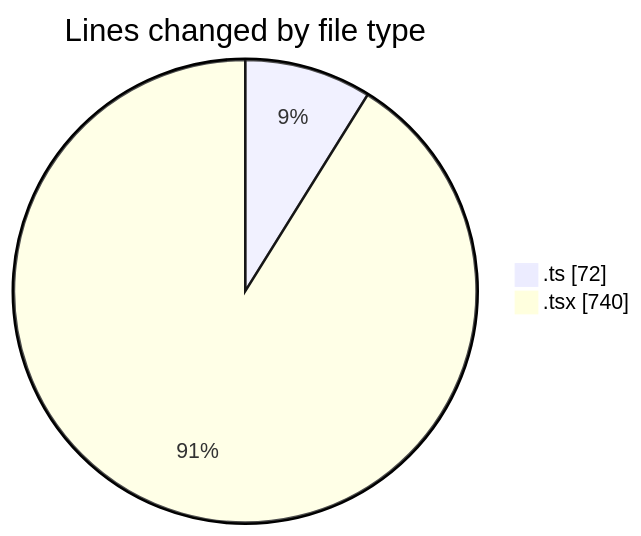
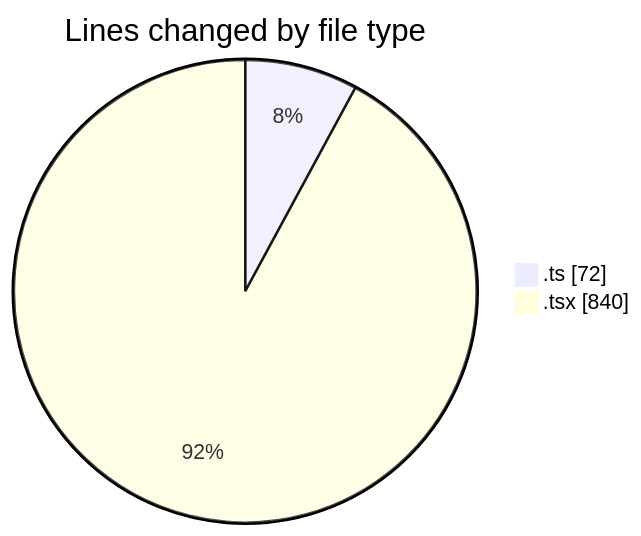
One commit to momahboobian/code-tracking changed the first of 2 diagrams in 2025-09-25/cda/README.md. Above: the diagram before and after it, drawn with Mermaid. The commit also changed other lines of this file and 1 other file, not shown here.

````diff
--- a/2025-09-25/cda/README.md
+++ b/2025-09-25/cda/README.md
@@ -28,6 +28,6 @@
 ```mermaid
 pie showData
 title Lines changed by file type
 ".ts" : 72
-".tsx" : 740
+".tsx" : 840
 ```
````
